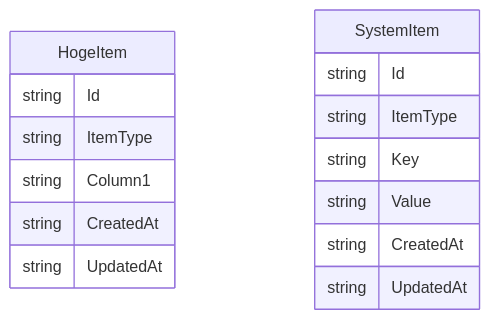
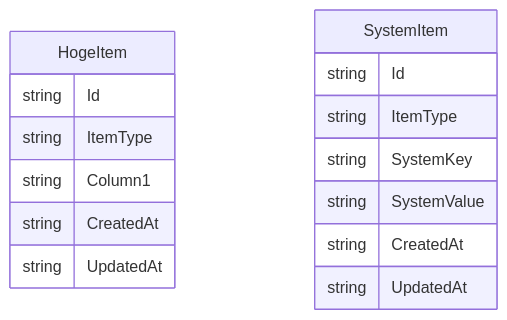
One commit to nagiyu/nagiyu-home changed the first of 2 diagrams in docs/DynamoDB.md. Above: the diagram before and after it, drawn with Mermaid. The commit also changed 1 other file, not shown here.

Commit message:
Update DynamoDB initialization script and documentation: modify Test table schema to include new attributes and secondary index, and adjust SystemItem structure in documentation.

````diff
--- a/docs/DynamoDB.md
+++ b/docs/DynamoDB.md
@@ -28,19 +28,19 @@
 ```mermaid
 erDiagram
     HogeItem {
         string Id
         string ItemType
         string Column1
         string CreatedAt
         string UpdatedAt
     }
 
     SystemItem {
         string Id
         string ItemType
-        string Key
-        string Value
+        string SystemKey
+        string SystemValue
         string CreatedAt
         string UpdatedAt
     }
 ```
````
